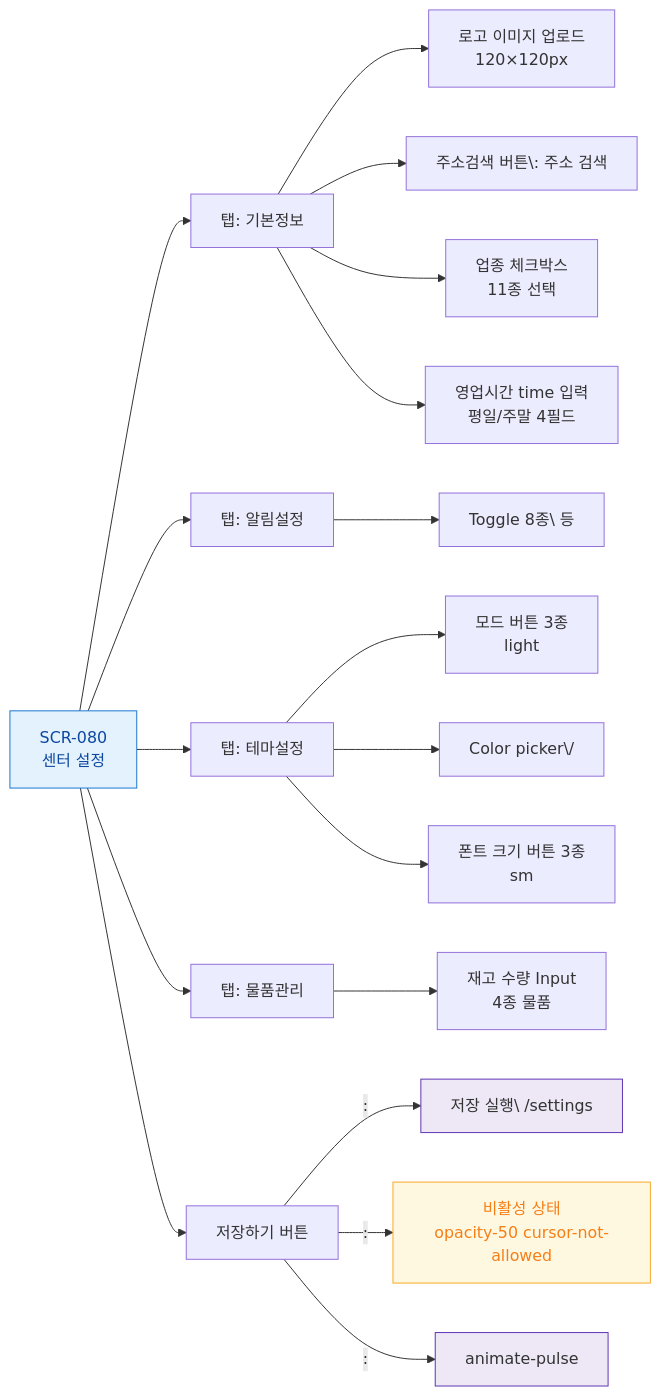
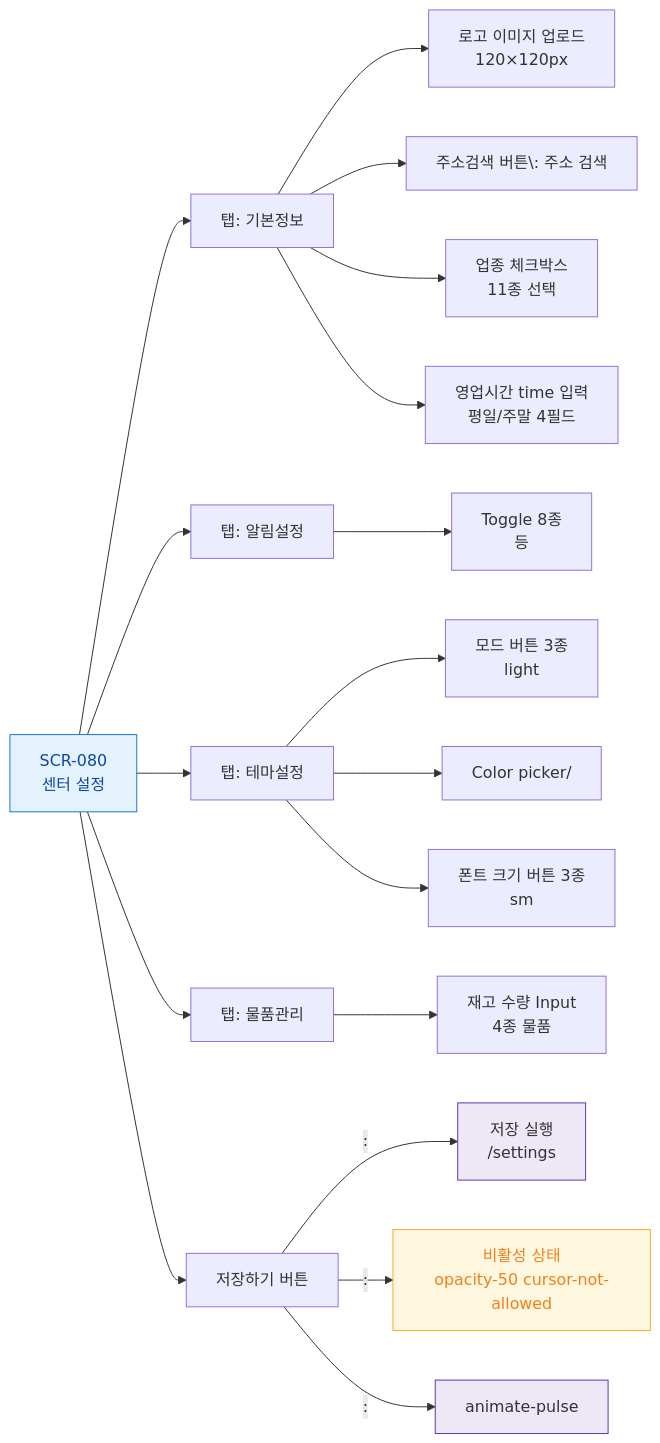
Before and after one commit to dev-spogym/admin-pando: the diagram in docs/admin/다이어그램/D09_설정관리/SCR-080_센터설정/F3_버튼액션.md, drawn with Mermaid. The commit also changed 369 other files, not shown here.

````diff
--- a/docs/admin/다이어그램/D09_설정관리/SCR-080_센터설정/F3_버튼액션.md
+++ b/docs/admin/다이어그램/D09_설정관리/SCR-080_센터설정/F3_버튼액션.md
@@ -15,34 +15,34 @@
 ```mermaid
 flowchart LR
     SCR080[SCR-080\n센터 설정]
 
     SCR080 --> BTN_TAB_BASIC[탭: 기본정보]
     SCR080 --> BTN_TAB_NOTIF[탭: 알림설정]
     SCR080 --> BTN_TAB_THEME[탭: 테마설정]
     SCR080 --> BTN_TAB_SUPPLY[탭: 물품관리]
 
     BTN_TAB_BASIC --> ACT_LOGO[로고 이미지 업로드\n120×120px]
     BTN_TAB_BASIC --> ACT_ADDR[주소검색 버튼\: 주소 검색]
     BTN_TAB_BASIC --> ACT_SECTOR[업종 체크박스\n11종 선택]
     BTN_TAB_BASIC --> ACT_BTIME[영업시간 time 입력\n평일/주말 4필드]
 
-    BTN_TAB_NOTIF --> ACT_TOGGLE[Toggle 8종\ 등]
+    BTN_TAB_NOTIF --> ACT_TOGGLE[Toggle 8종<br/> 등]
 
     BTN_TAB_THEME --> ACT_MODE[모드 버튼 3종\nlight]
-    BTN_TAB_THEME --> ACT_COLOR[Color picker\/]
+    BTN_TAB_THEME --> ACT_COLOR[Color picker/]
     BTN_TAB_THEME --> ACT_FONT[폰트 크기 버튼 3종\nsm]
 
     BTN_TAB_SUPPLY --> ACT_STOCK[재고 수량 Input\n4종 물품]
 
     SCR080 --> BTN_SAVE[저장하기 버튼]
-    BTN_SAVE -->|": "|ACT_SAVE[저장 실행\ /settings]
+    BTN_SAVE -->|": "|ACT_SAVE[저장 실행<br/> /settings]
     BTN_SAVE -->|": "|ACT_DISABLED[비활성 상태\nopacity-50 cursor-not-allowed]
     BTN_SAVE -->|": "|ACT_SAVING[animate-pulse]
 
     classDef screen fill:#E3F2FD,stroke:#1976D2,color:#0D47A1
     classDef system fill:#EDE7F6,stroke:#5E35B2
     classDef warning fill:#FFF8E1,stroke:#F9A825,color:#F57F17
     class SCR080 screen
     class ACT_SAVE,ACT_SAVING system
     class ACT_DISABLED warning
 ```
````
